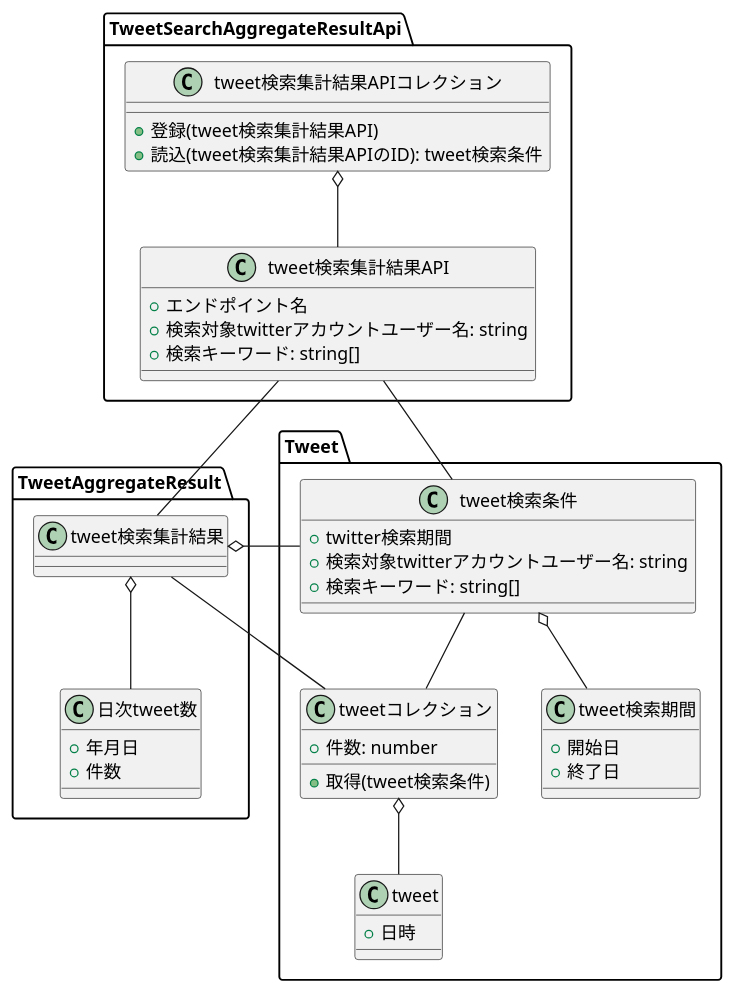
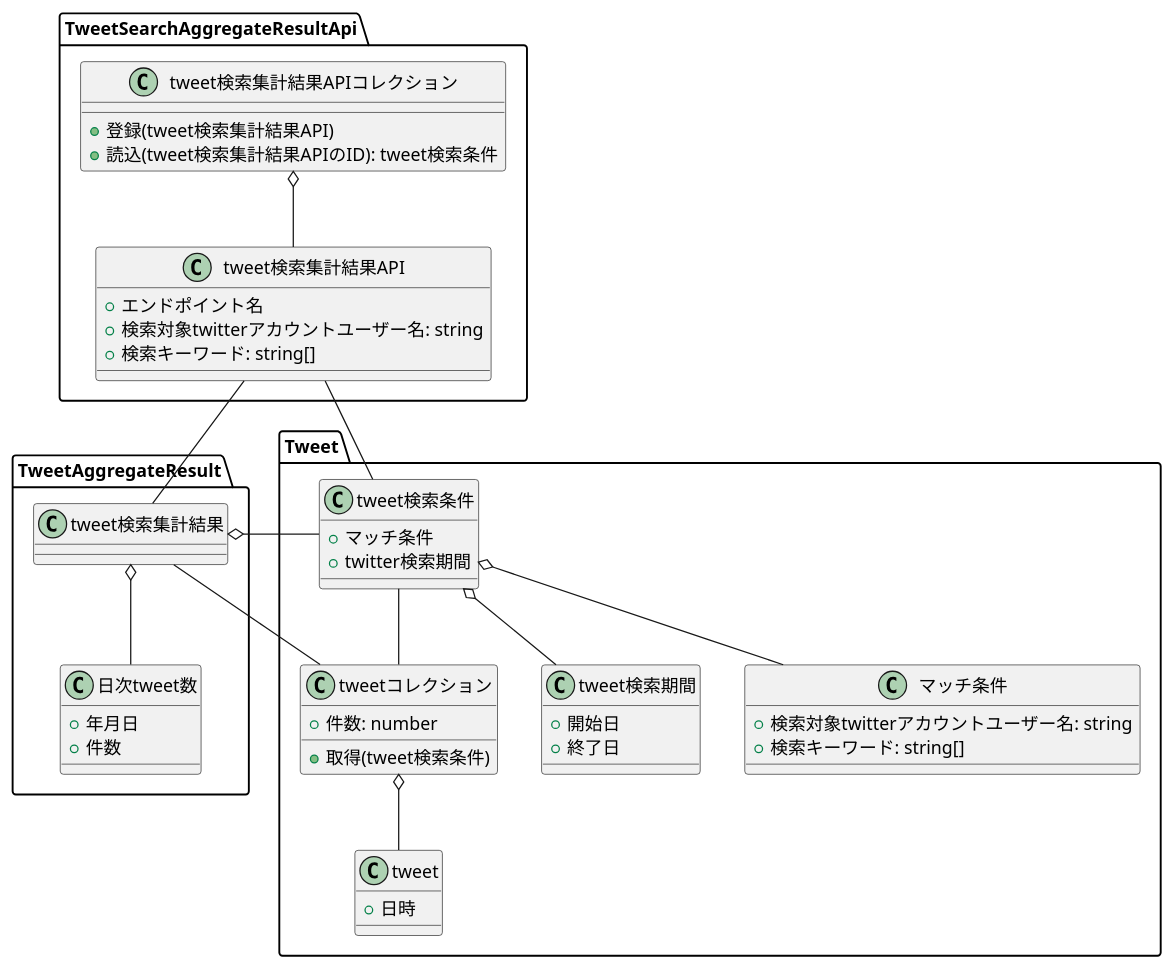
The diagram in analysis/domain.puml (wand2016/twitter-counter-api-generator), drawn with PlantUML before and after one commit.

Commit message:
検索条件のうちマッチ条件(キーワード、アカウント)をクラスに抽出

```diff
--- a/analysis/domain.puml
+++ b/analysis/domain.puml
@@ -1,72 +1,76 @@
 @startuml
 
 package TweetSearchAggregateResultApi{
 
 class tweet検索集計結果APIコレクション {
  + 登録(tweet検索集計結果API)
  + 読込(tweet検索集計結果APIのID): tweet検索条件
 }
 
 class tweet検索集計結果API {
   + エンドポイント名
   + 検索対象twitterアカウントユーザー名: string
   + 検索キーワード: string[]
 }
 
 tweet検索集計結果APIコレクション o-- tweet検索集計結果API
 
 }
 
 package Tweet {
 
 class tweet {
   + 日時
 }
 
 class tweetコレクション{
   + 件数: number
   + 取得(tweet検索条件)
 }
 
 tweetコレクション o-d- tweet
 
 class tweet検索期間{
   + 開始日
   + 終了日
 }
 
 class tweet検索条件{
+  + マッチ条件
   + twitter検索期間
+}
+
+class マッチ条件 {
   + 検索対象twitterアカウントユーザー名: string
   + 検索キーワード: string[]
 }
 
+tweet検索条件 o-- マッチ条件
 tweet検索条件 o-- tweet検索期間
 
 }
-
 
 tweet検索集計結果API -- tweet検索条件
 
 
 
 package TweetAggregateResult{
 
 class tweet検索集計結果
 tweet検索集計結果 o-- tweet検索条件
 tweetコレクション -r- tweet検索集計結果
 class 日次tweet数 {
   + 年月日
   + 件数
 }
 
 tweet検索集計結果 o-d- 日次tweet数
 
 }
 
 tweet検索条件 -- tweetコレクション
 
 tweet検索集計結果API -- tweet検索集計結果
 
 
 @enduml
```
